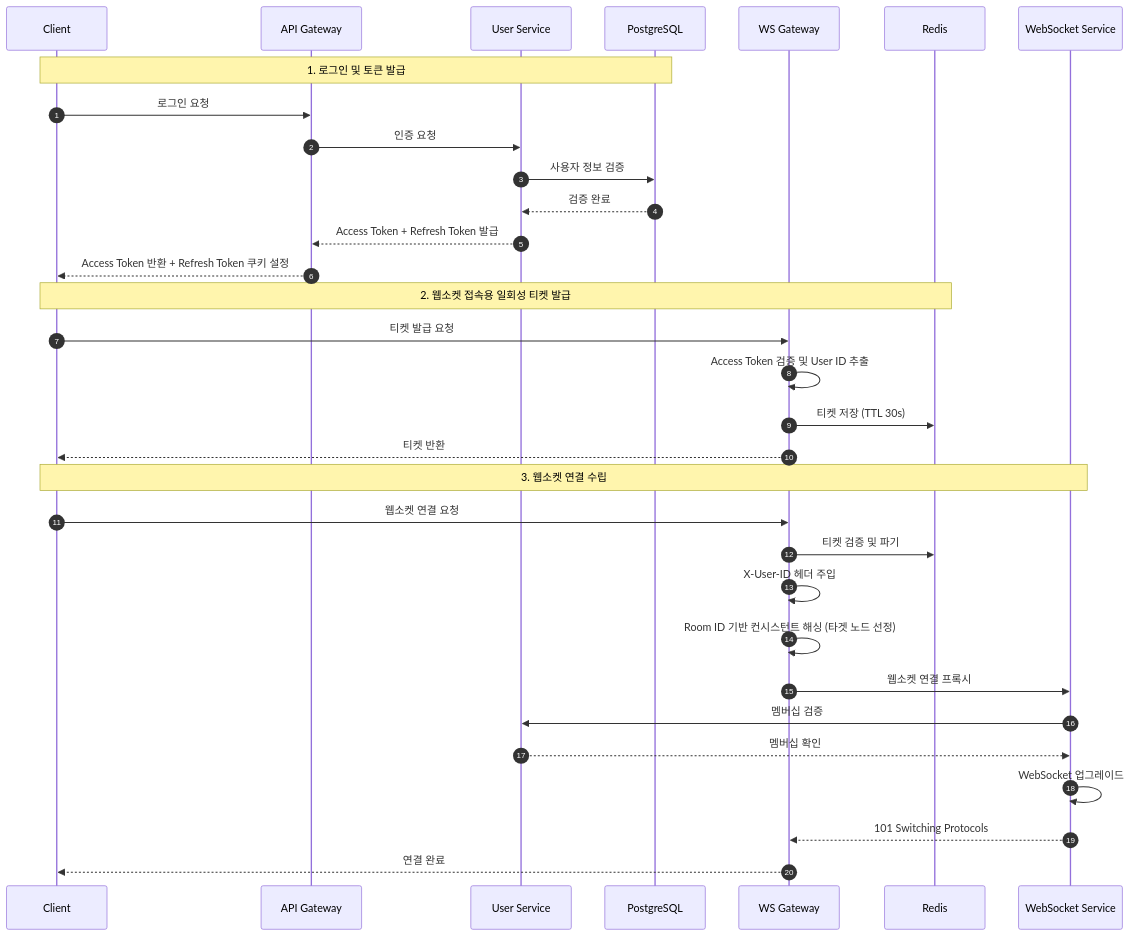
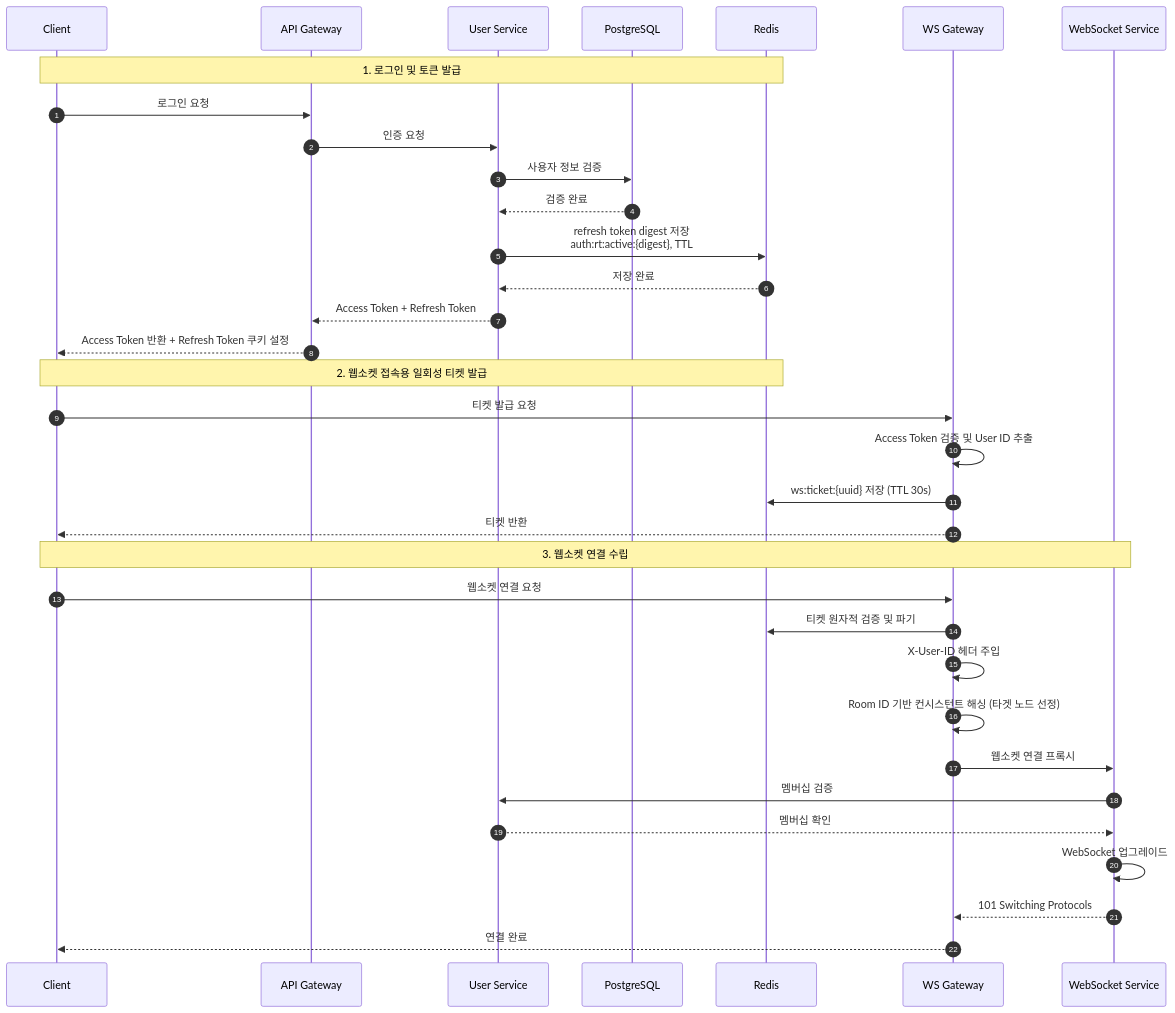
One commit to happyhun/go-chat-msa changed the diagram in docs/diagrams/seq-auth-ticket.mmd. Above: the diagram before and after it, drawn with Mermaid. The commit also changed 10 other files, not shown here.

Commit message:
docs: k8s 이관 문서와 다이어그램 최신화

```diff
--- a/docs/diagrams/seq-auth-ticket.mmd
+++ b/docs/diagrams/seq-auth-ticket.mmd
@@ -1,36 +1,38 @@
 sequenceDiagram
     autonumber
 
     participant Client as Client
     participant AGW as API Gateway
     participant UserSvc as User Service
     participant DB as PostgreSQL
+    participant Redis as Redis
     participant WSGW as WS Gateway
-    participant Redis as Redis
     participant WSSvc as WebSocket Service
 
-    Note over Client, DB: 1. 로그인 및 토큰 발급
+    Note over Client, Redis: 1. 로그인 및 토큰 발급
     Client->>AGW: 로그인 요청
     AGW->>UserSvc: 인증 요청
     UserSvc->>DB: 사용자 정보 검증
     DB-->>UserSvc: 검증 완료
-    UserSvc-->>AGW: Access Token + Refresh Token 발급
+    UserSvc->>Redis: refresh token digest 저장<br/>auth:rt:active:{digest}, TTL
+    Redis-->>UserSvc: 저장 완료
+    UserSvc-->>AGW: Access Token + Refresh Token
     AGW-->>Client: Access Token 반환 + Refresh Token 쿠키 설정
 
     Note over Client, Redis: 2. 웹소켓 접속용 일회성 티켓 발급
     Client->>WSGW: 티켓 발급 요청
     WSGW->>WSGW: Access Token 검증 및 User ID 추출
-    WSGW->>Redis: 티켓 저장 (TTL 30s)
+    WSGW->>Redis: ws:ticket:{uuid} 저장 (TTL 30s)
     WSGW-->>Client: 티켓 반환
 
     Note over Client, WSSvc: 3. 웹소켓 연결 수립
     Client->>WSGW: 웹소켓 연결 요청
-    WSGW->>Redis: 티켓 검증 및 파기
+    WSGW->>Redis: 티켓 원자적 검증 및 파기
     WSGW->>WSGW: X-User-ID 헤더 주입
     WSGW->>WSGW: Room ID 기반 컨시스턴트 해싱 (타겟 노드 선정)
     WSGW->>WSSvc: 웹소켓 연결 프록시
     WSSvc->>UserSvc: 멤버십 검증
     UserSvc-->>WSSvc: 멤버십 확인
     WSSvc->>WSSvc: WebSocket 업그레이드
     WSSvc-->>WSGW: 101 Switching Protocols
     WSGW-->>Client: 연결 완료
```
